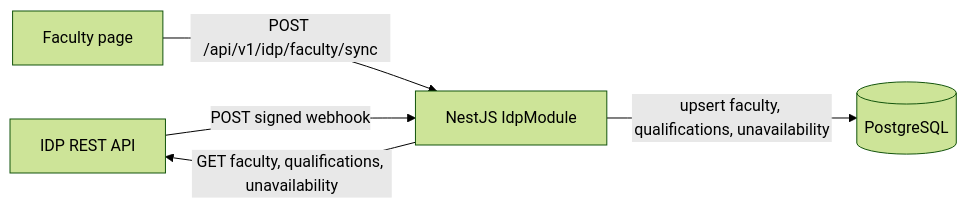
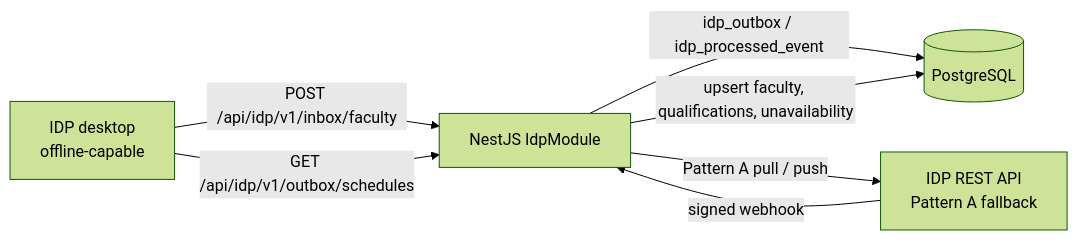
The diagram in docs/integrations/idp.md (RADENzzz/coe-nnect), drawn with Mermaid (forest theme) before and after one commit. The commit also changed other lines of this file and 27 other files, not shown here.

First line of the commit message:
Add Pattern C inbox, outbox, and durable IDP idempotency

````diff
--- a/docs/integrations/idp.md
+++ b/docs/integrations/idp.md
@@ -33,12 +45,14 @@
 ```mermaid
 flowchart LR
-    IDP[IDP REST API]
+    Desktop[IDP desktop<br/>offline-capable]
+    IDP[IDP REST API<br/>Pattern A fallback]
     API[NestJS IdpModule]
     DB[(PostgreSQL)]
-    UI[Faculty page]
 
-    UI -->|POST /api/v1/idp/faculty/sync| API
-    API -->|GET faculty, qualifications, unavailability| IDP
-    IDP -->|POST signed webhook| API
+    Desktop -->|POST /api/idp/v1/inbox/faculty| API
+    Desktop -->|GET /api/idp/v1/outbox/schedules| API
+    API -->|idp_outbox / idp_processed_event| DB
+    API -->|Pattern A pull / push| IDP
+    IDP -->|signed webhook| API
     API -->|upsert faculty, qualifications, unavailability| DB
 ```
````
